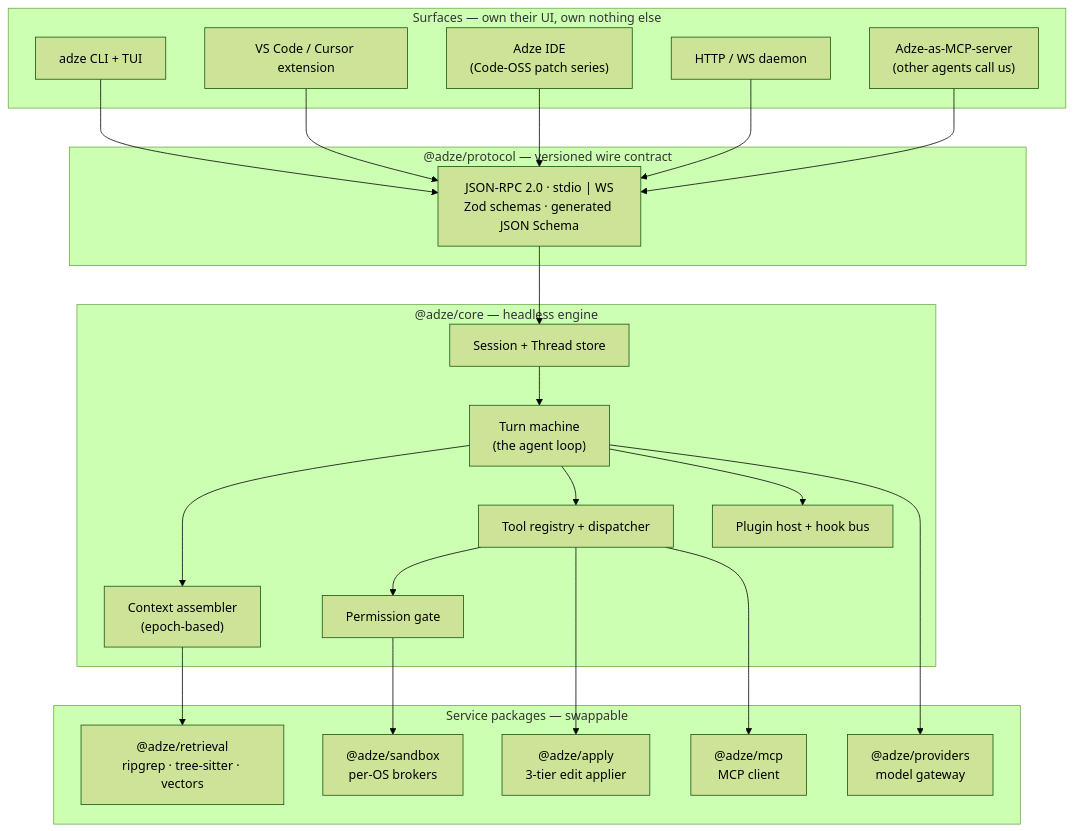
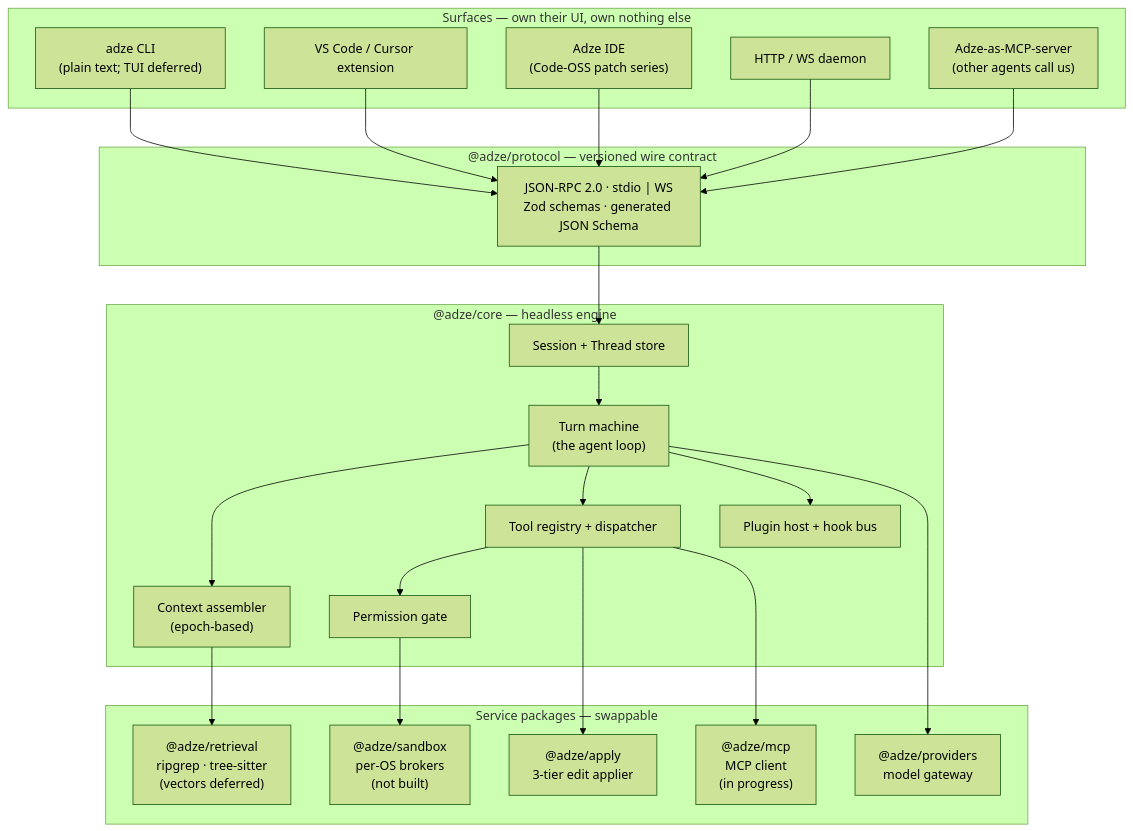
One commit to AyanB123/adze changed the first of 4 diagrams in docs/architecture/README.md. Above: the diagram before and after it, drawn with Mermaid (forest theme). The commit also changed other lines of this file and 2 other files, not shown here.

````diff
--- a/docs/architecture/README.md
+++ b/docs/architecture/README.md
@@ -85,48 +95,48 @@
 ```mermaid
 graph TB
     subgraph S["Surfaces — own their UI, own nothing else"]
-        CLI["adze CLI + TUI"]
+        CLI["adze CLI<br/>(plain text; TUI deferred)"]
         EXT["VS Code / Cursor extension"]
         IDE["Adze IDE<br/>(Code-OSS patch series)"]
         API["HTTP / WS daemon"]
         MCPS["Adze-as-MCP-server<br/>(other agents call us)"]
     end
 
     subgraph P["@adze/protocol — versioned wire contract"]
         WIRE["JSON-RPC 2.0 · stdio | WS<br/>Zod schemas · generated JSON Schema"]
     end
 
     subgraph E["@adze/core — headless engine"]
         SESS["Session + Thread store"]
         LOOP["Turn machine<br/>(the agent loop)"]
         TOOLS["Tool registry + dispatcher"]
         GATE["Permission gate"]
         CTX["Context assembler<br/>(epoch-based)"]
         PLUG["Plugin host + hook bus"]
     end
 
     subgraph SVC["Service packages — swappable"]
         PROV["@adze/providers<br/>model gateway"]
         APPLY["@adze/apply<br/>3-tier edit applier"]
-        RETR["@adze/retrieval<br/>ripgrep · tree-sitter · vectors"]
-        SAND["@adze/sandbox<br/>per-OS brokers"]
-        MCPC["@adze/mcp<br/>MCP client"]
+        RETR["@adze/retrieval<br/>ripgrep · tree-sitter<br/>(vectors deferred)"]
+        SAND["@adze/sandbox<br/>per-OS brokers<br/>(not built)"]
+        MCPC["@adze/mcp<br/>MCP client<br/>(in progress)"]
     end
 
     CLI --> WIRE
     EXT --> WIRE
     IDE --> WIRE
     API --> WIRE
     MCPS --> WIRE
     WIRE --> SESS
     SESS --> LOOP
     LOOP --> CTX
     LOOP --> TOOLS
     TOOLS --> GATE
     GATE --> SAND
     LOOP --> PLUG
     CTX --> RETR
     LOOP --> PROV
     TOOLS --> APPLY
     TOOLS --> MCPC
 ```
````
